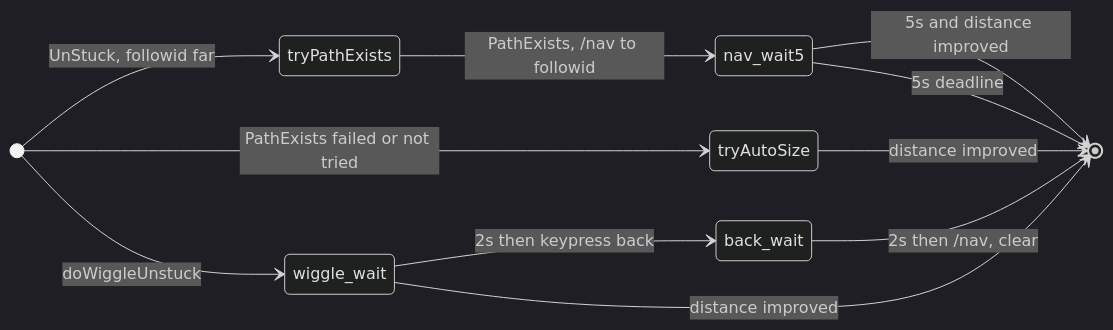
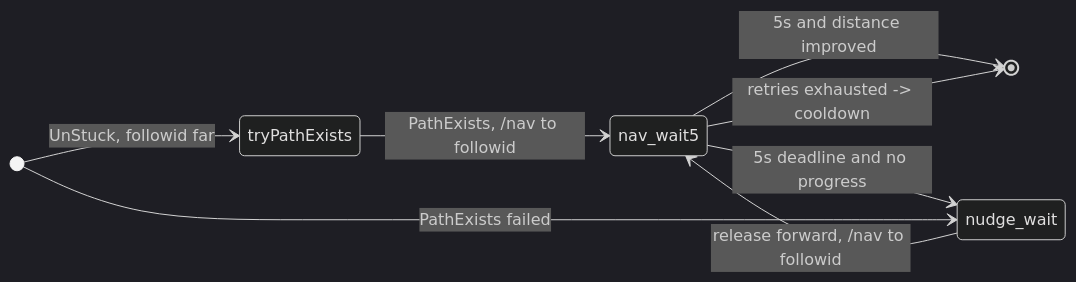
Before and after one commit to Cezero/czbot: the second of 3 diagrams in docs/botlogic/movement-and-misc.md, drawn with Mermaid (dark theme). The commit also changed other lines of this file and 4 other files, not shown here.

````diff
--- a/docs/botlogic/movement-and-misc.md
+++ b/docs/botlogic/movement-and-misc.md
@@ -38,14 +38,11 @@
 ```mermaid
 stateDiagram-v2
     direction LR
     [*] --> tryPathExists: UnStuck, followid far
     tryPathExists --> nav_wait5: PathExists, /nav to followid
     nav_wait5 --> [*]: 5s and distance improved
-    nav_wait5 --> [*]: 5s deadline
-    [*] --> tryAutoSize: PathExists failed or not tried
-    tryAutoSize --> [*]: distance improved
-    [*] --> wiggle_wait: doWiggleUnstuck
-    wiggle_wait --> back_wait: 2s then keypress back
-    back_wait --> [*]: 2s then /nav, clear
-    wiggle_wait --> [*]: distance improved
+    nav_wait5 --> nudge_wait: 5s deadline and no progress
+    nudge_wait --> nav_wait5: release forward, /nav to followid
+    nav_wait5 --> [*]: retries exhausted -> cooldown
+    [*] --> nudge_wait: PathExists failed
 ```
````
